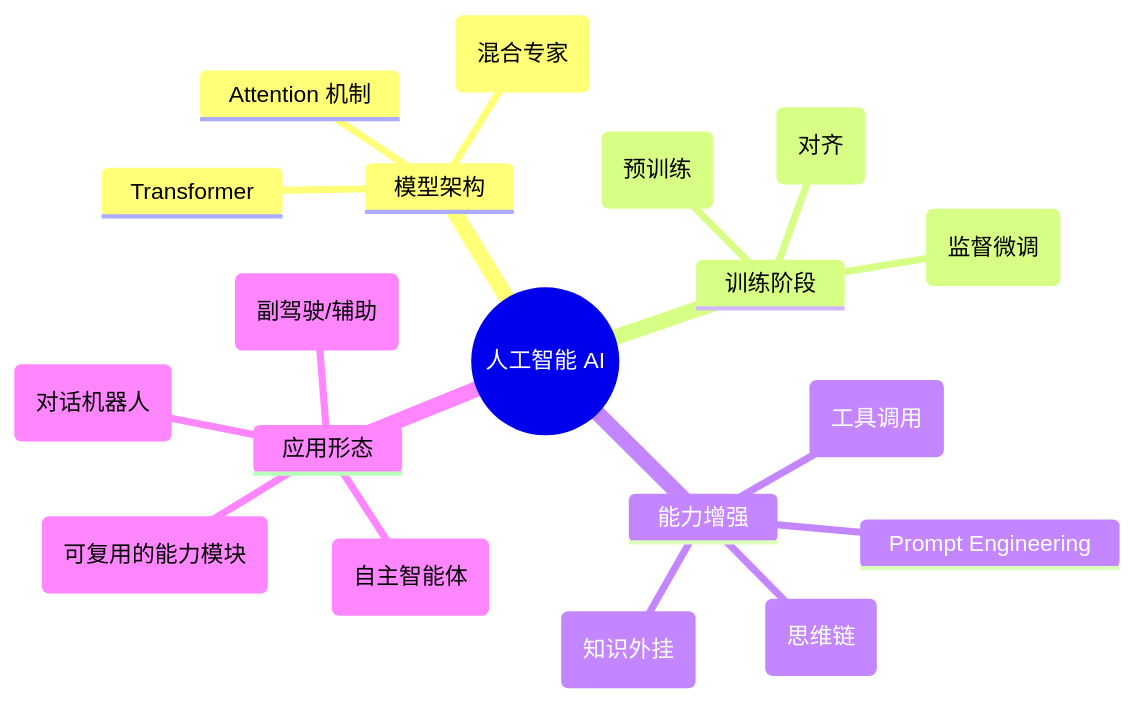
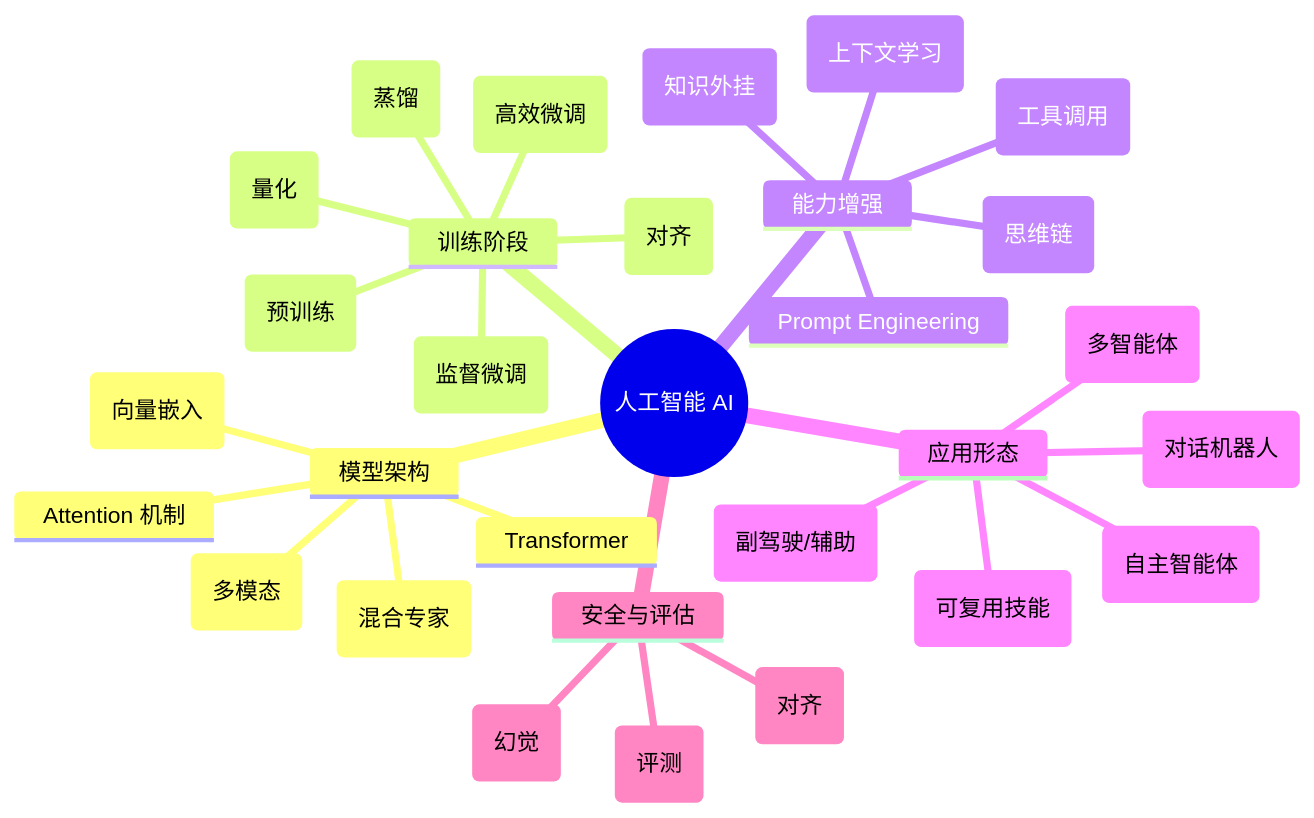
One commit to exposir/ai-talk changed the third of 3 diagrams in notes/ai-fundamentals/concepts.md. Above: the diagram before and after it, drawn with Mermaid. The commit also changed other lines of this file, not shown here.

First line of the commit message:
docs: 新增 AI 概念与关系图谱文档

````diff
--- a/notes/ai-fundamentals/concepts.md
+++ b/notes/ai-fundamentals/concepts.md
@@ -223,22 +258,33 @@
 ```mermaid
 mindmap
   root((人工智能 AI))
     模型架构
       Transformer
+      Attention 机制
       MoE (混合专家)
-      Attention 机制
+      Embedding (向量嵌入)
+      Multimodal (多模态)
     训练阶段
       Pre-training (预训练)
       SFT (监督微调)
       RLHF / DPO (对齐)
+      LoRA (高效微调)
+      Quantization (量化)
+      Distillation (蒸馏)
     能力增强
+      Prompt Engineering
+      ICL (上下文学习)
+      CoT (思维链)
       RAG (知识外挂)
-      CoT (思维链)
-      Prompt Engineering
       Tool Use (工具调用)
     应用形态
       Chatbot (对话机器人)
       Copilot (副驾驶/辅助)
       Agent (自主智能体)
-      Skill (可复用的能力模块)
+      Multi-Agent (多智能体)
+      Skill (可复用技能)
+    安全与评估
+      Alignment (对齐)
+      Hallucination (幻觉)
+      Benchmark (评测)
 ```
````
